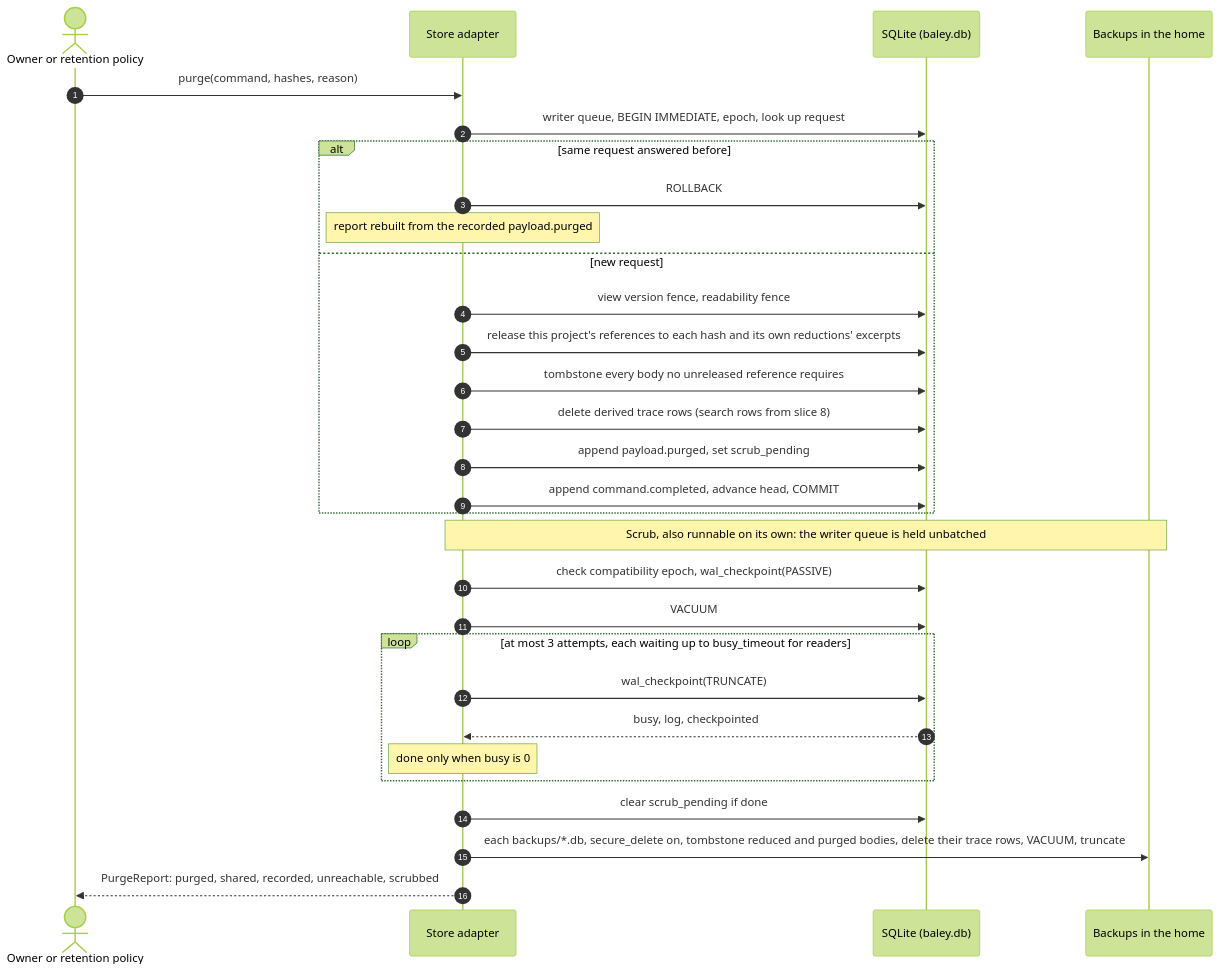
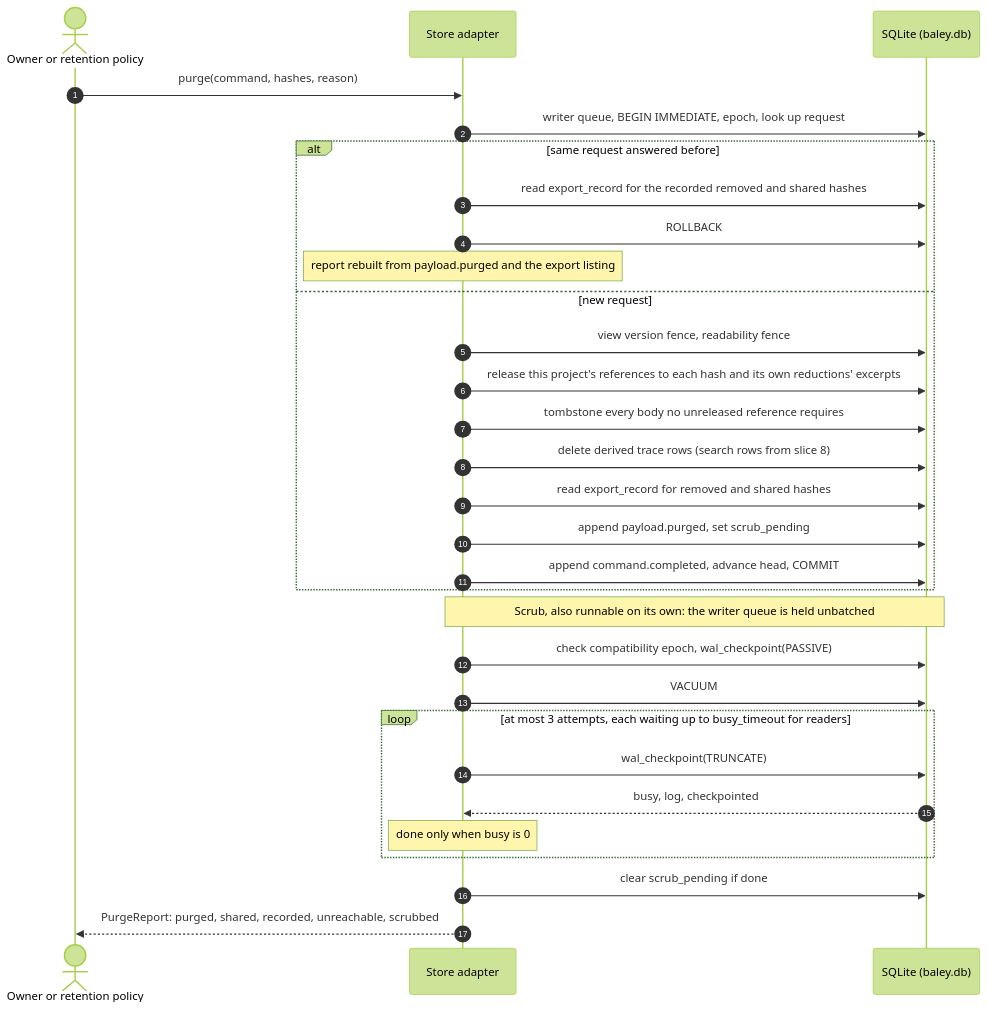
The tenth of 13 diagrams in docs/design/0001-evidence-ledger.md (crenshawdev/baley), drawn with Mermaid (forest theme) before and after one commit. The commit also changed other lines of this file and 5 other files, not shown here.

First line of the commit message:
docs(design): describe export, doctor and acknowledge-restore, and say Baley makes no backups

````diff
--- a/docs/design/0001-evidence-ledger.md
+++ b/docs/design/0001-evidence-ledger.md
@@ -744,32 +774,32 @@
 ```mermaid
 sequenceDiagram
   autonumber
   actor O as Owner or retention policy
   participant L as Store adapter
   participant Q as SQLite (baley.db)
-  participant B as Backups in the home
   O->>L: purge(command, hashes, reason)
   L->>Q: writer queue, BEGIN IMMEDIATE, epoch, look up request
   alt same request answered before
+    L->>Q: read export_record for the recorded removed and shared hashes
     L->>Q: ROLLBACK
-    Note over L: report rebuilt from the recorded payload.purged
+    Note over L: report rebuilt from payload.purged and the export listing
   else new request
     L->>Q: view version fence, readability fence
     L->>Q: release this project's references to each hash and its own reductions' excerpts
     L->>Q: tombstone every body no unreleased reference requires
     L->>Q: delete derived trace rows (search rows from slice 8)
+    L->>Q: read export_record for removed and shared hashes
     L->>Q: append payload.purged, set scrub_pending
     L->>Q: append command.completed, advance head, COMMIT
   end
-  Note over L,B: Scrub, also runnable on its own: the writer queue is held unbatched
+  Note over L,Q: Scrub, also runnable on its own: the writer queue is held unbatched
   L->>Q: check compatibility epoch, wal_checkpoint(PASSIVE)
   L->>Q: VACUUM
   loop at most 3 attempts, each waiting up to busy_timeout for readers
     L->>Q: wal_checkpoint(TRUNCATE)
     Q-->>L: busy, log, checkpointed
     Note over L: done only when busy is 0
   end
   L->>Q: clear scrub_pending if done
-  L->>B: each backups/*.db, secure_delete on, tombstone reduced and purged bodies, delete their trace rows, VACUUM, truncate
   L-->>O: PurgeReport: purged, shared, recorded, unreachable, scrubbed
 ```
````
